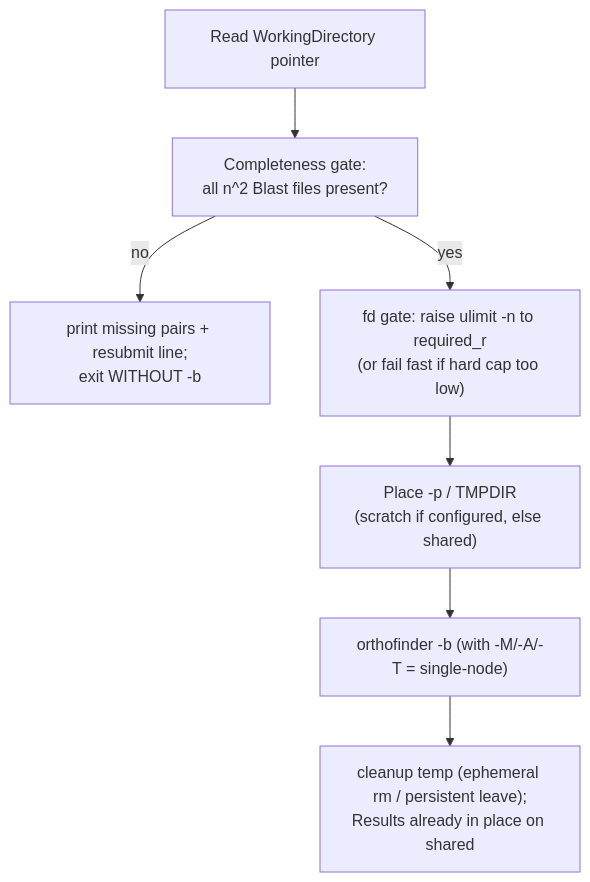
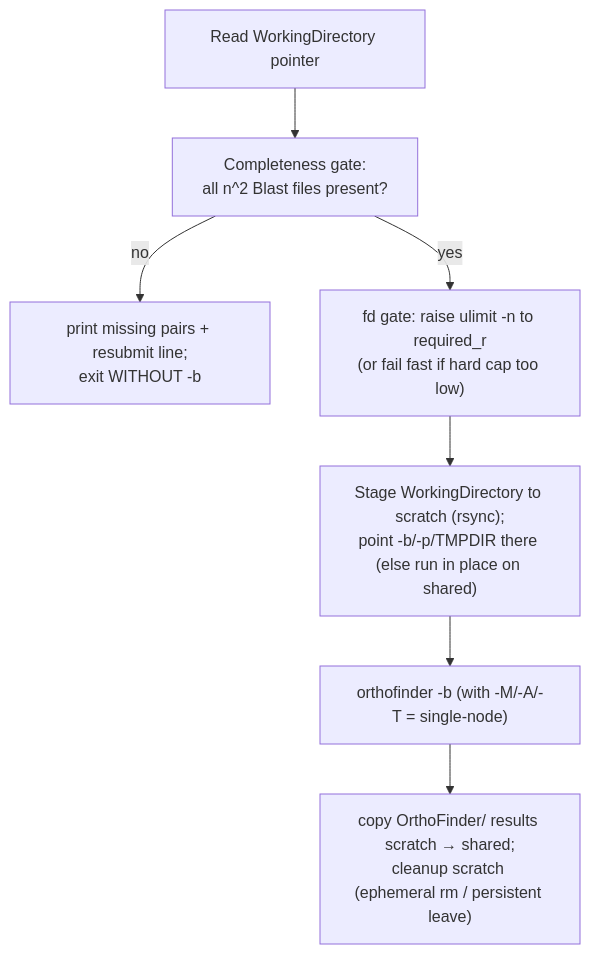
One commit to wkmeyer-lab/GeneFamilyConverge changed the second of 2 diagrams in docs/orthofinder/3-resume-phase.md. Above: the diagram before and after it, drawn with Mermaid. The commit also changed other lines of this file and 5 other files, not shown here.

Commit message:
The whole resume takes place on shared scratch directory to avoid missing alignments being made due to slow shared pool

````diff
--- a/docs/orthofinder/3-resume-phase.md
+++ b/docs/orthofinder/3-resume-phase.md
@@ -73,9 +74,9 @@
 ```mermaid
 flowchart TD
     P["Read WorkingDirectory pointer"] --> G["Completeness gate:<br/>all n^2 Blast files present?"]
     G -->|no| GX["print missing pairs + resubmit line;<br/>exit WITHOUT -b"]
     G -->|yes| F["fd gate: raise ulimit -n to required_r<br/>(or fail fast if hard cap too low)"]
-    F --> T["Place -p / TMPDIR<br/>(scratch if configured, else shared)"]
+    F --> T["Stage WorkingDirectory to scratch (rsync);<br/>point -b/-p/TMPDIR there (else run in place on shared)"]
     T --> B["orthofinder -b (with -M/-A/-T = single-node)"]
-    B --> CL["cleanup temp (ephemeral rm / persistent leave);<br/>Results already in place on shared"]
+    B --> CL["copy OrthoFinder/ results scratch → shared;<br/>cleanup scratch (ephemeral rm / persistent leave)"]
 ```
````
